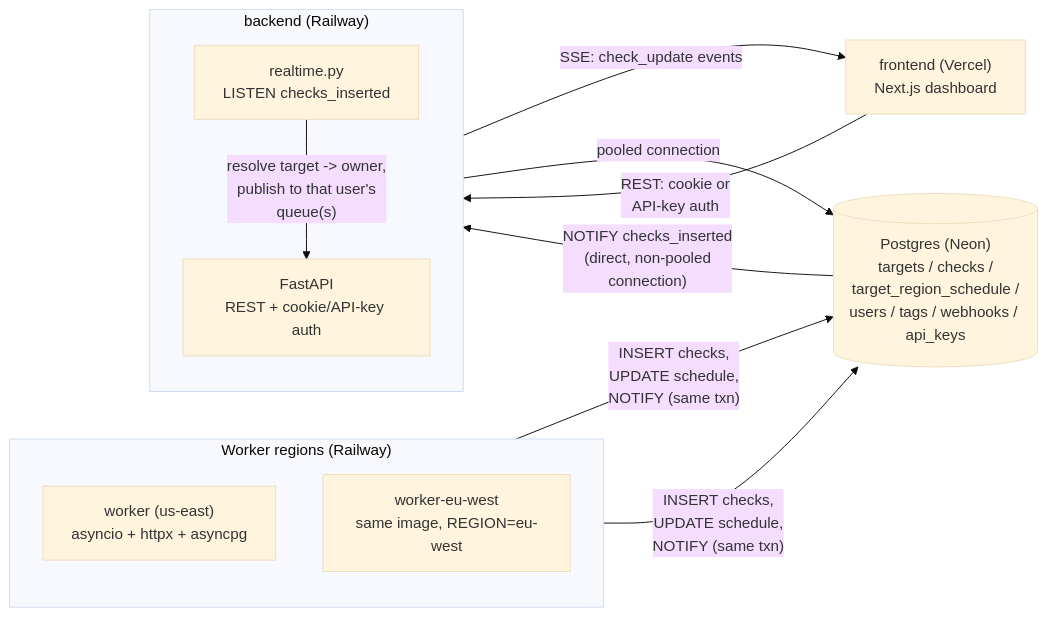
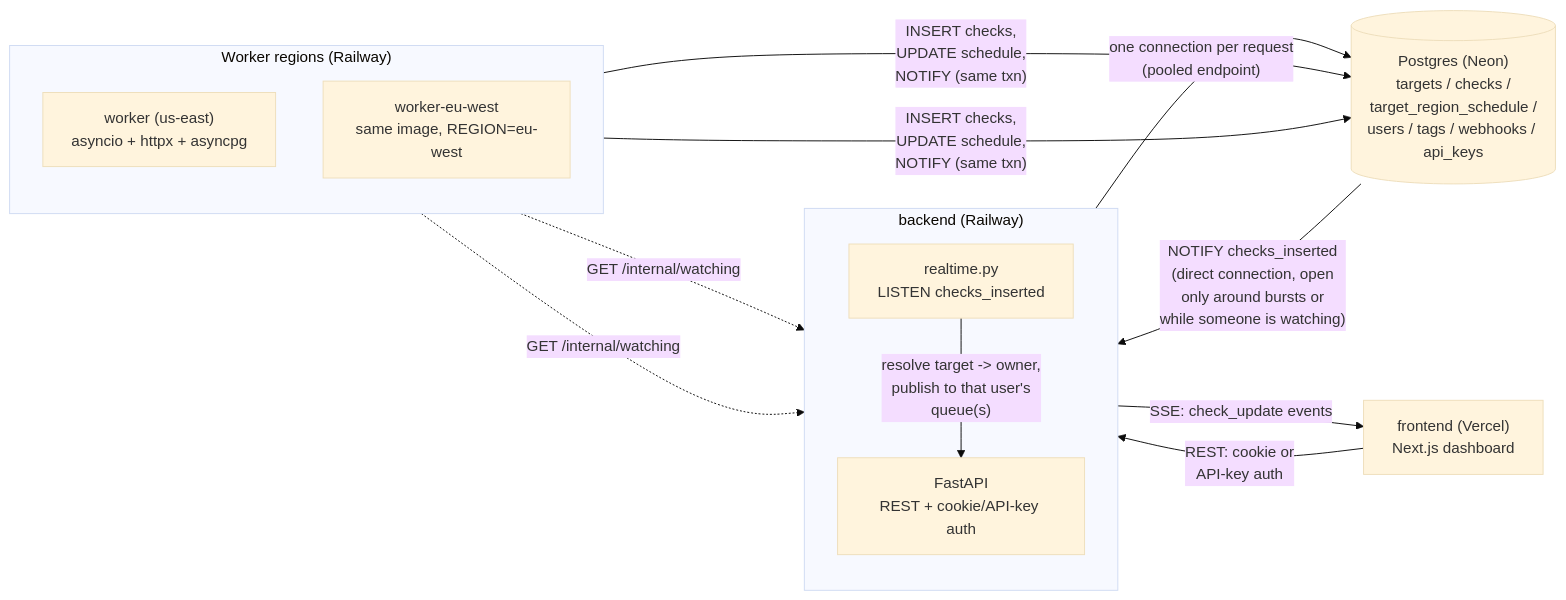
One commit to mstfaatf/uptime-monitor changed the first of 4 diagrams in ARCHITECTURE.md. Above: the diagram before and after it, drawn with Mermaid (base theme). The commit also changed other lines of this file and 10 other files, not shown here.

````diff
--- a/ARCHITECTURE.md
+++ b/ARCHITECTURE.md
@@ -14,26 +17,28 @@
 ```mermaid
 flowchart LR
     subgraph regions["Worker regions (Railway)"]
         direction TB
         W1["worker (us-east)\nasyncio + httpx + asyncpg"]
         W2["worker-eu-west\nsame image, REGION=eu-west"]
     end
 
     DB[("Postgres (Neon)\ntargets / checks /\ntarget_region_schedule /\nusers / tags / webhooks / api_keys")]
 
     subgraph api["backend (Railway)"]
         direction TB
         API["FastAPI\nREST + cookie/API-key auth"]
         LISTEN["realtime.py\nLISTEN checks_inserted"]
     end
 
     FE["frontend (Vercel)\nNext.js dashboard"]
 
     W1 -->|"INSERT checks,\nUPDATE schedule,\nNOTIFY (same txn)"| DB
     W2 -->|"INSERT checks,\nUPDATE schedule,\nNOTIFY (same txn)"| DB
-    DB -->|"NOTIFY checks_inserted\n(direct, non-pooled\nconnection)"| LISTEN
+    DB -->|"NOTIFY checks_inserted\n(direct connection, open\nonly around bursts or\nwhile someone is watching)"| LISTEN
     LISTEN -->|"resolve target -> owner,\npublish to that user's\nqueue(s)"| API
     API -->|"SSE: check_update events"| FE
     FE -->|"REST: cookie or\nAPI-key auth"| API
-    API -->|"pooled connection"| DB
+    API -->|"one connection per request\n(pooled endpoint)"| DB
+    W1 -.->|"GET /internal/watching"| API
+    W2 -.->|"GET /internal/watching"| API
 ```
````
